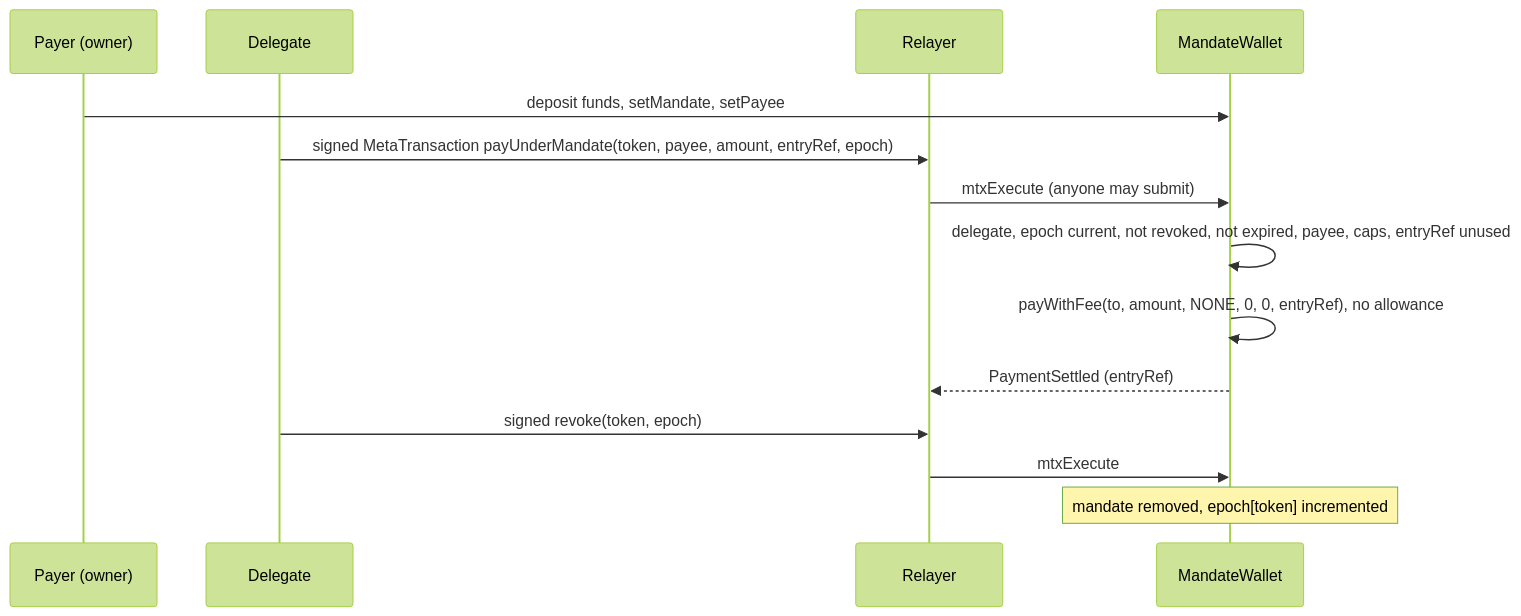
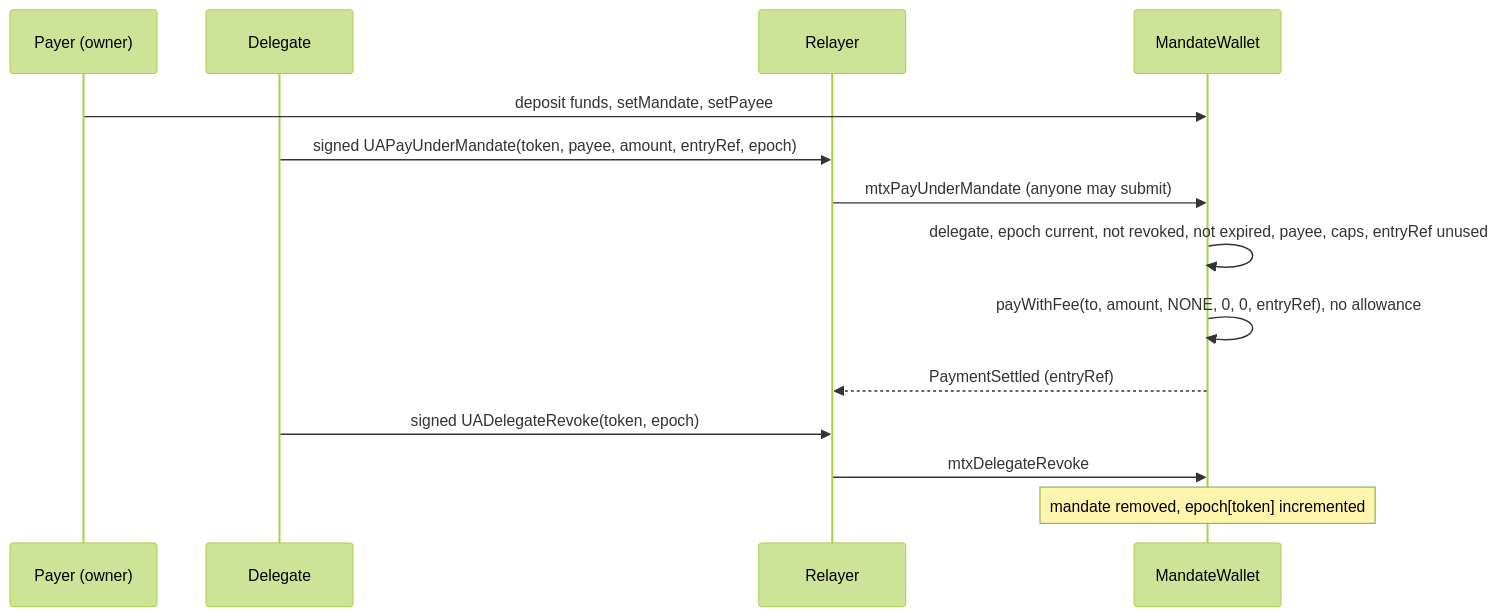
Before and after one commit to dinhduongha/scaas: the diagram in docs/contracts/mandates.md, drawn with Mermaid (forest theme). The commit also changed other lines of this file and 2 other files, not shown here.

First line of the commit message:
ua-mtx-merge T19: mandates docs, the merged mandate wallets (CTR-ACC-06, -07, -12, spec row R32, MD-11)

````diff
--- a/docs/contracts/mandates.md
+++ b/docs/contracts/mandates.md
@@ -54,16 +62,16 @@
 ```mermaid
 sequenceDiagram
     participant O as Payer (owner)
     participant D as Delegate
     participant R as Relayer
     participant W as MandateWallet
     O->>W: deposit funds, setMandate, setPayee
-    D->>R: signed MetaTransaction payUnderMandate(token, payee, amount, entryRef, epoch)
-    R->>W: mtxExecute (anyone may submit)
+    D->>R: signed UAPayUnderMandate(token, payee, amount, entryRef, epoch)
+    R->>W: mtxPayUnderMandate (anyone may submit)
     W->>W: delegate, epoch current, not revoked, not expired, payee, caps, entryRef unused
     W->>W: payWithFee(to, amount, NONE, 0, 0, entryRef), no allowance
     W-->>R: PaymentSettled (entryRef)
-    D->>R: signed revoke(token, epoch)
-    R->>W: mtxExecute
+    D->>R: signed UADelegateRevoke(token, epoch)
+    R->>W: mtxDelegateRevoke
     Note over W: mandate removed, epoch[token] incremented
 ```
````
